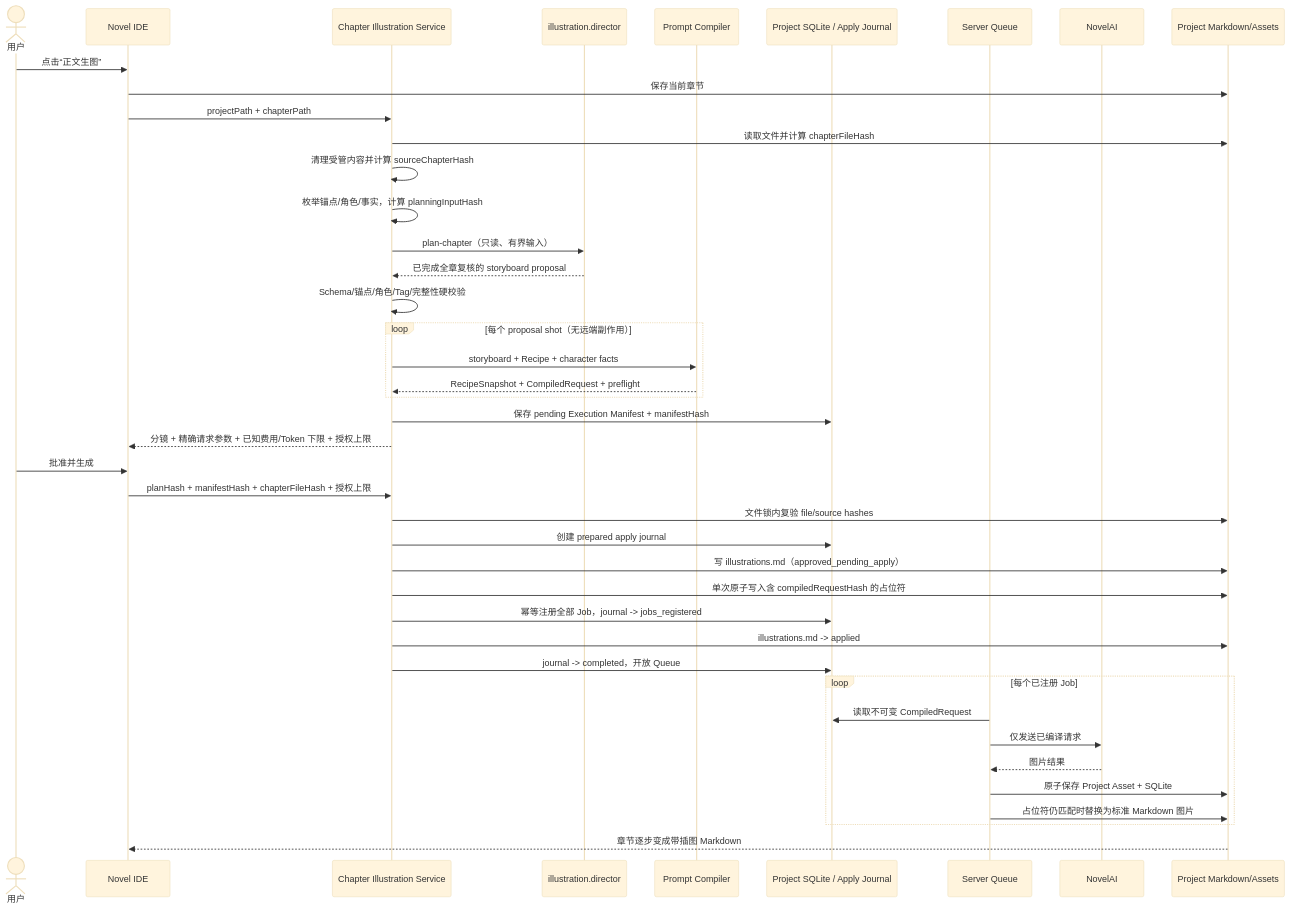
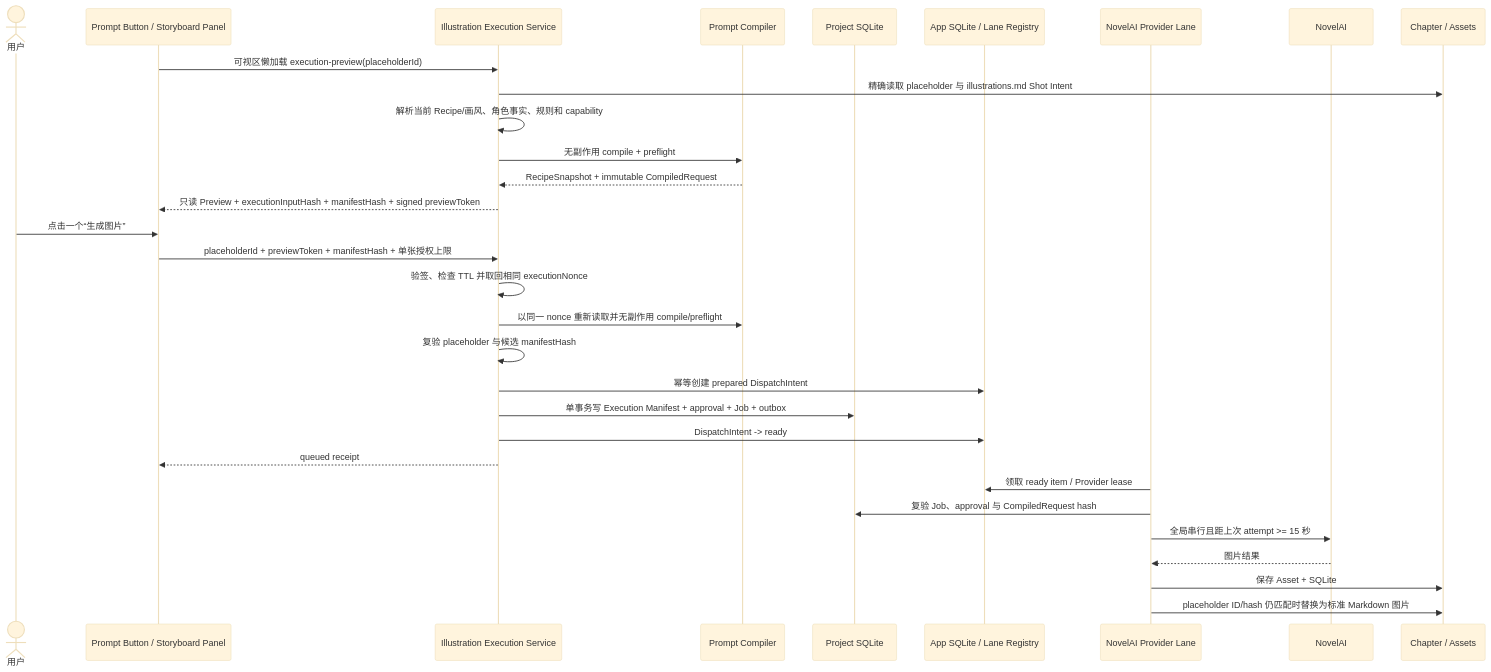
Before and after one commit to HAC4E2/neuro-book: the fourth of 5 diagrams in docs/superpowers/specs/2026-07-17-chatu8-storyboard-agent-illustration-design.md, drawn with Mermaid (base theme). The commit also changed other lines of this file, not shown here.

Commit message:
docs(text-to-image): finalize Route B agent illustration design

````diff
--- a/docs/superpowers/specs/2026-07-17-chatu8-storyboard-agent-illustration-design.md
+++ b/docs/superpowers/specs/2026-07-17-chatu8-storyboard-agent-illustration-design.md
@@ -762,45 +997,34 @@
 ```mermaid
 sequenceDiagram
     actor User as 用户
-    participant UI as Novel IDE
-    participant Plan as Chapter Illustration Service
-    participant Dir as illustration.director
+    participant UI as Prompt Button / Storyboard Panel
+    participant Exec as Illustration Execution Service
     participant Comp as Prompt Compiler
-    participant DB as Project SQLite / Apply Journal
-    participant Queue as Server Queue
+    participant DB as Project SQLite
+    participant AppDB as App SQLite / Lane Registry
+    participant Lane as NovelAI Provider Lane
     participant NAI as NovelAI
-    participant Files as Project Markdown/Assets
+    participant Files as Chapter / Assets
 
-    User->>UI: 点击“正文生图”
-    UI->>Files: 保存当前章节
-    UI->>Plan: projectPath + chapterPath
-    Plan->>Files: 读取文件并计算 chapterFileHash
-    Plan->>Plan: 清理受管内容并计算 sourceChapterHash
-    Plan->>Plan: 枚举锚点/角色/事实，计算 planningInputHash
-    Plan->>Dir: plan-chapter（只读、有界输入）
-    Dir-->>Plan: 已完成全章复核的 storyboard proposal
-    Plan->>Plan: Schema/锚点/角色/Tag/完整性硬校验
-    loop 每个 proposal shot（无远端副作用）
-        Plan->>Comp: storyboard + Recipe + character facts
-        Comp-->>Plan: RecipeSnapshot + CompiledRequest + preflight
-    end
-    Plan->>DB: 保存 pending Execution Manifest + manifestHash
-    Plan-->>UI: 分镜 + 精确请求参数 + 已知费用/Token 下限 + 授权上限
-    User->>UI: 批准并生成
-    UI->>Plan: planHash + manifestHash + chapterFileHash + 授权上限
-    Plan->>Files: 文件锁内复验 file/source hashes
-    Plan->>DB: 创建 prepared apply journal
-    Plan->>Files: 写 illustrations.md（approved_pending_apply）
-    Plan->>Files: 单次原子写入含 compiledRequestHash 的占位符
-    Plan->>DB: 幂等注册全部 Job，journal -> jobs_registered
-    Plan->>Files: illustrations.md -> applied
-    Plan->>DB: journal -> completed，开放 Queue
-    loop 每个已注册 Job
-        Queue->>DB: 读取不可变 CompiledRequest
-        Queue->>NAI: 仅发送已编译请求
-        NAI-->>Queue: 图片结果
-        Queue->>Files: 原子保存 Project Asset + SQLite
-        Queue->>Files: 占位符仍匹配时替换为标准 Markdown 图片
-    end
-    Files-->>UI: 章节逐步变成带插图 Markdown
+    UI->>Exec: 可视区懒加载 execution-preview(placeholderId)
+    Exec->>Files: 精确读取 placeholder 与 illustrations.md Shot Intent
+    Exec->>Exec: 解析当前 Recipe/画风、角色事实、规则和 capability
+    Exec->>Comp: 无副作用 compile + preflight
+    Comp-->>Exec: RecipeSnapshot + immutable CompiledRequest
+    Exec-->>UI: 只读 Preview + executionInputHash + manifestHash + signed previewToken
+    User->>UI: 点击一个“生成图片”
+    UI->>Exec: placeholderId + previewToken + manifestHash + 单张授权上限
+    Exec->>Exec: 验签、检查 TTL 并取回相同 executionNonce
+    Exec->>Comp: 以同一 nonce 重新读取并无副作用 compile/preflight
+    Exec->>Exec: 复验 placeholder 与候选 manifestHash
+    Exec->>AppDB: 幂等创建 prepared DispatchIntent
+    Exec->>DB: 单事务写 Execution Manifest + approval + Job + outbox
+    Exec->>AppDB: DispatchIntent -> ready
+    Exec-->>UI: queued receipt
+    Lane->>AppDB: 领取 ready item / Provider lease
+    Lane->>DB: 复验 Job、approval 与 CompiledRequest hash
+    Lane->>NAI: 全局串行且距上次 attempt >= 15 秒
+    NAI-->>Lane: 图片结果
+    Lane->>Files: 保存 Asset + SQLite
+    Lane->>Files: placeholder ID/hash 仍匹配时替换为标准 Markdown 图片
 ```
````
